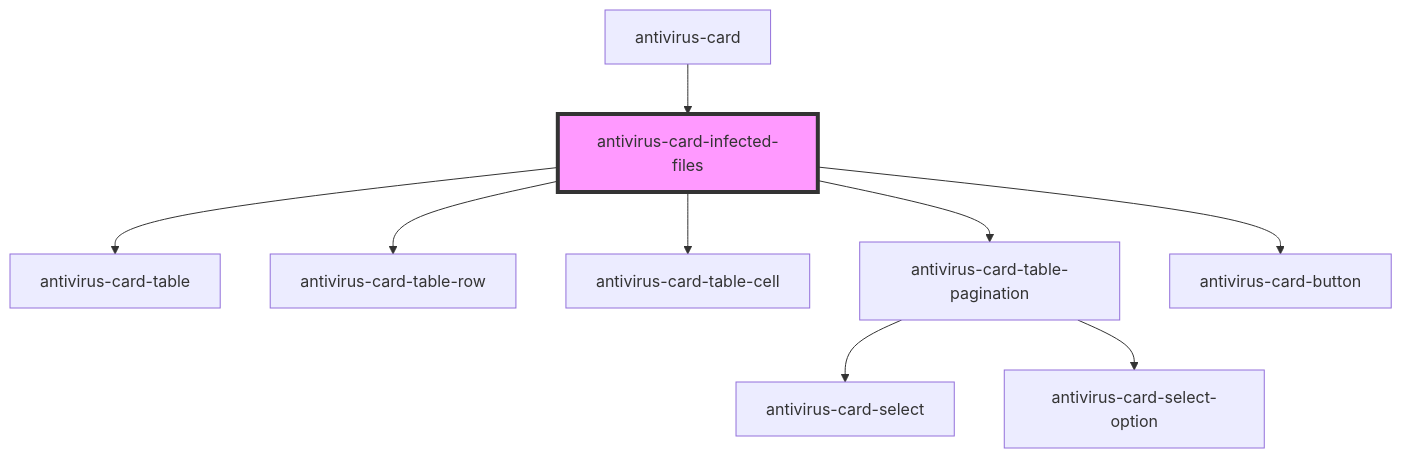
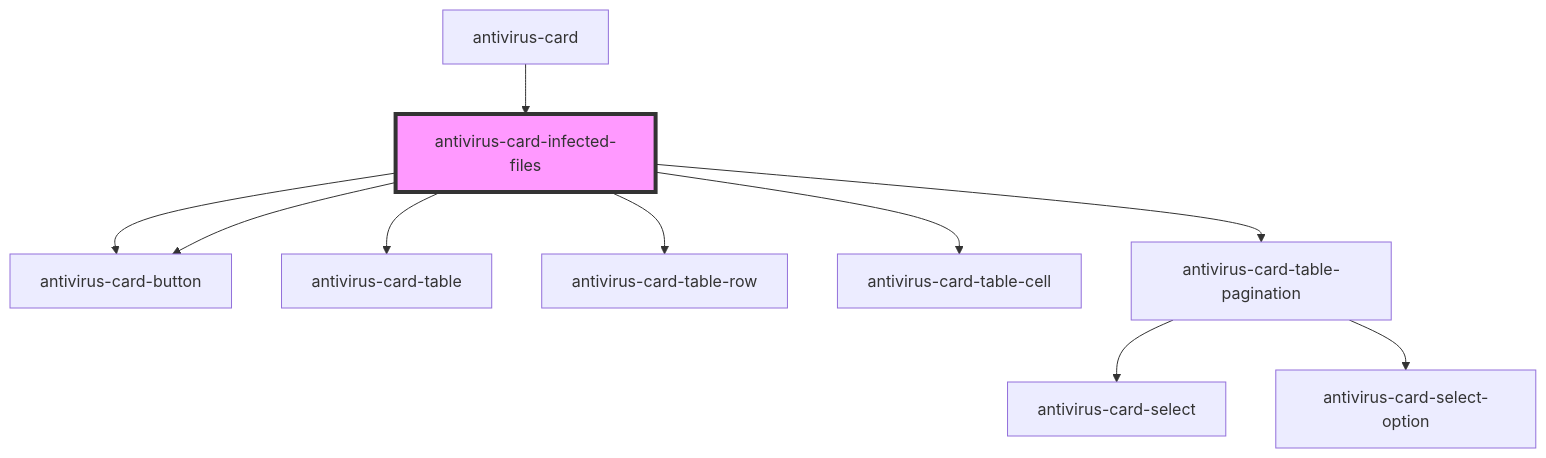
The diagram in client/packages/antivirus-card/src/components/infected-files/readme.md (ispsystem/plugin-imunify), drawn with Mermaid before and after one commit. The commit also changed other lines of this file and 16 other files, not shown here.

First line of the commit message:
merge(antivirus-card): 🔀 merge master

````diff
--- a/client/packages/antivirus-card/src/components/infected-files/readme.md
+++ b/client/packages/antivirus-card/src/components/infected-files/readme.md
@@ -30,12 +28,13 @@
 ```mermaid
 graph TD;
+  antivirus-card-infected-files --> antivirus-card-button
   antivirus-card-infected-files --> antivirus-card-table
   antivirus-card-infected-files --> antivirus-card-table-row
   antivirus-card-infected-files --> antivirus-card-table-cell
   antivirus-card-infected-files --> antivirus-card-table-pagination
   antivirus-card-infected-files --> antivirus-card-button
   antivirus-card-table-pagination --> antivirus-card-select
   antivirus-card-table-pagination --> antivirus-card-select-option
   antivirus-card --> antivirus-card-infected-files
   style antivirus-card-infected-files fill:#f9f,stroke:#333,stroke-width:4px
 ```
````
